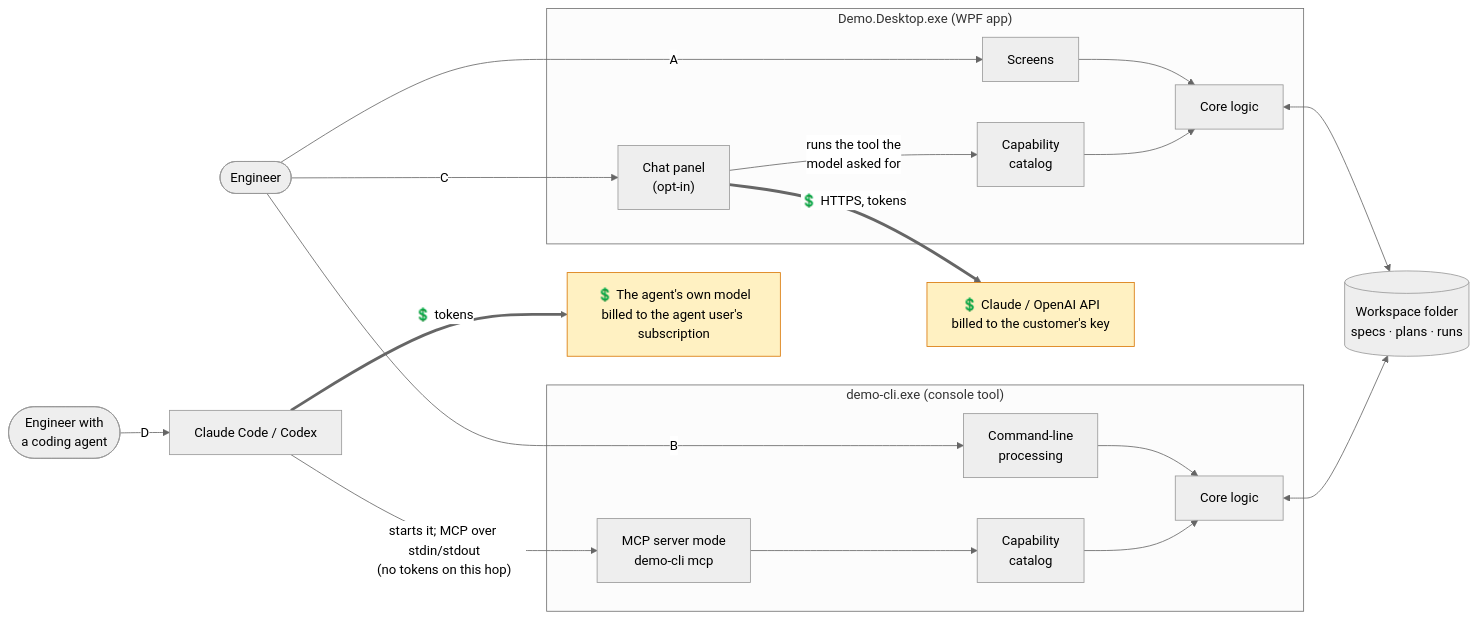
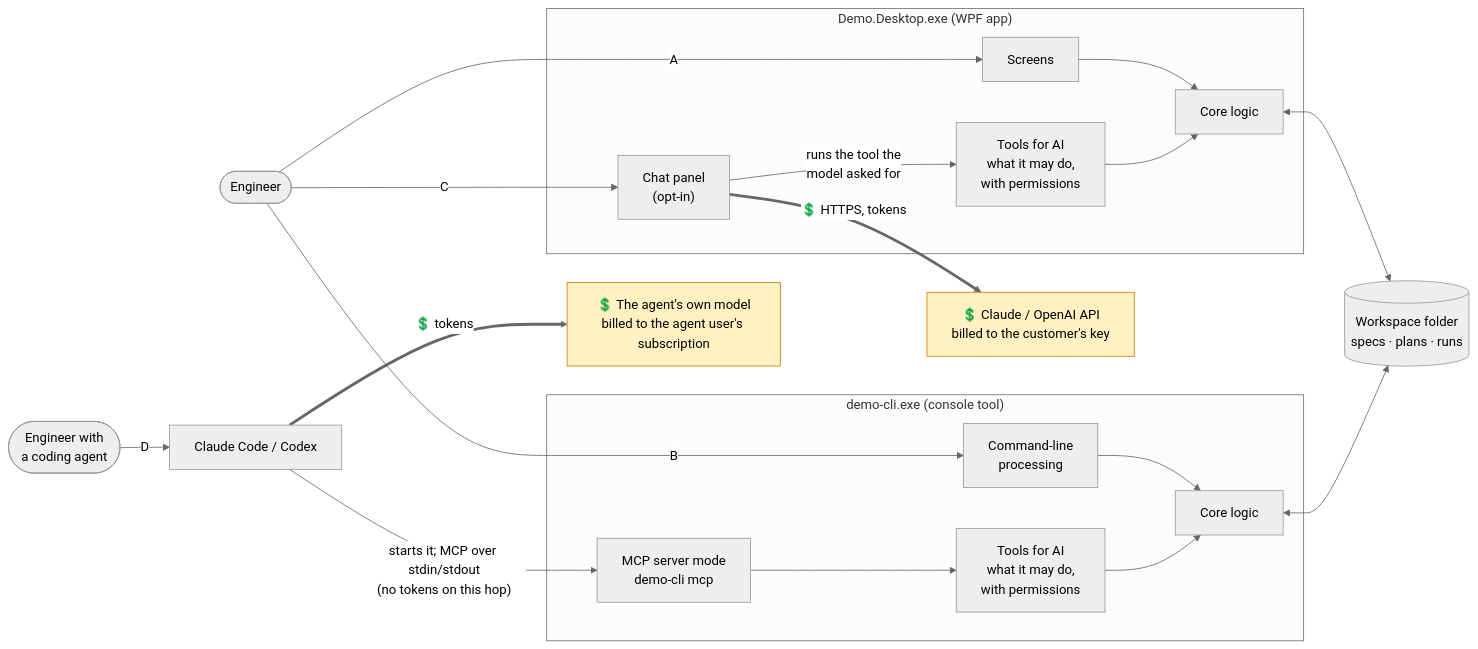
The diagram in README.md (RelentlessOldMan/ChatbotAddonDemo), drawn with Mermaid (neutral theme) before and after one commit. The commit also changed other lines of this file and 1 other file, not shown here.

Commit message:
Docs: label the capability catalog as 'Tools for AI' in the diagrams and explain it

Claude-Session: https://claude.ai/code/session_01RqCrBPJkyojDMLP4z7v4oY

````diff
--- a/README.md
+++ b/README.md
@@ -20,37 +20,37 @@
 ```mermaid
 flowchart LR
     eng(["Engineer"])
     dev(["Engineer with<br/>a coding agent"])
 
     subgraph desktop["Demo.Desktop.exe (WPF app)"]
         ui["Screens"]
         chat["Chat panel<br/>(opt-in)"]
-        dcap["Capability<br/>catalog"]
+        dcap["Tools for AI<br/>what it may do,<br/>with permissions"]
         dlogic["Core logic"]
     end
     subgraph cli["demo-cli.exe (console tool)"]
         cmds["Command-line<br/>processing"]
         mcp["MCP server mode<br/>demo-cli mcp"]
-        ccap["Capability<br/>catalog"]
+        ccap["Tools for AI<br/>what it may do,<br/>with permissions"]
         clogic["Core logic"]
     end
 
     llm["💲 Claude / OpenAI API<br/>billed to the customer's key"]
     agent["Claude Code / Codex"]
     agentllm["💲 The agent's own model<br/>billed to the agent user's subscription"]
     ws[("Workspace folder<br/>specs · plans · runs")]
 
     eng -- A --> ui --> dlogic
     eng -- B --> cmds --> clogic
     eng -- C --> chat
     chat == "💲 HTTPS, tokens" ==> llm
     chat -- "runs the tool the<br/>model asked for" --> dcap --> dlogic
     dev -- D --> agent
     agent == "💲 tokens" ==> agentllm
     agent -- "starts it; MCP over stdin/stdout<br/>(no tokens on this hop)" --> mcp --> ccap --> clogic
     dlogic <--> ws
     clogic <--> ws
 
     classDef paid fill:#fff1c2,stroke:#d97706,color:#000
     class llm,agentllm paid
 ```
````
